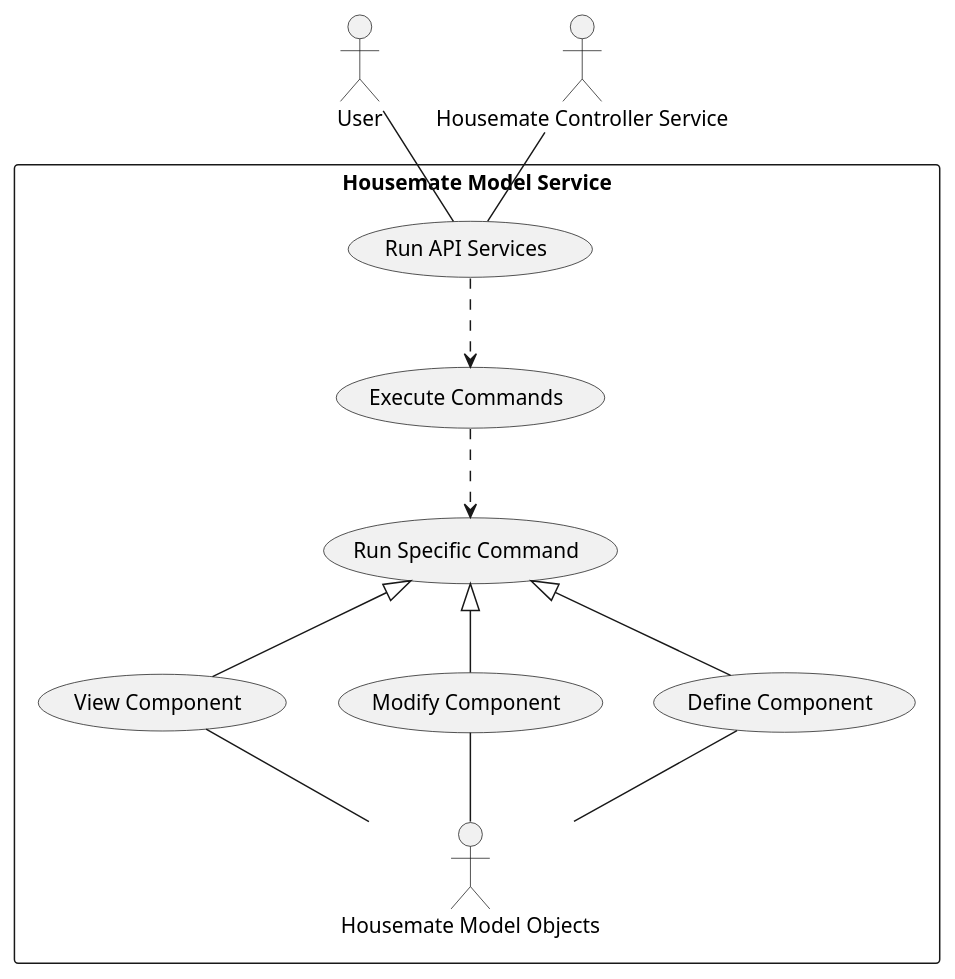
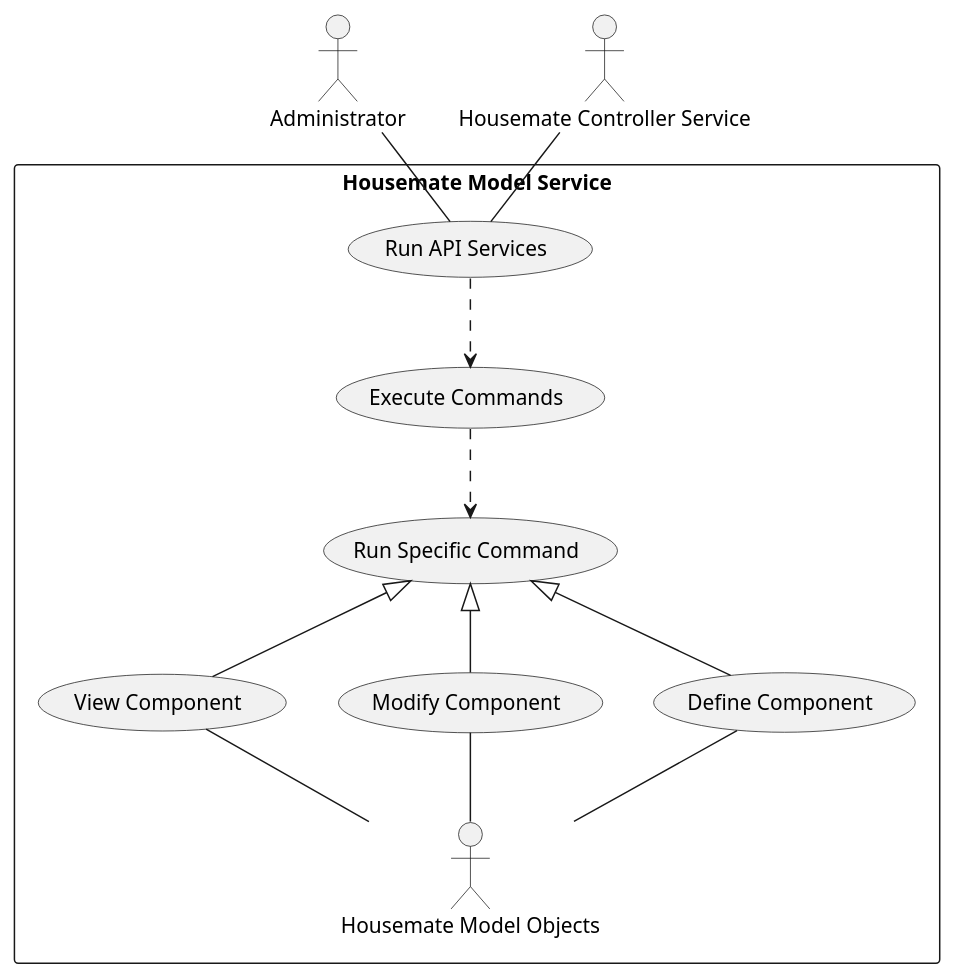
The first of 3 diagrams in cscie97/asn2/Design.md (erikorlowski/cscie97), drawn with PlantUML before and after one commit. The commit also changed other lines of this file and 15 other files, not shown here.

````diff
--- a/cscie97/asn2/Design.md
+++ b/cscie97/asn2/Design.md
@@ -191,27 +191,27 @@
 ```plantuml
 @startuml
-actor User
+actor Administrator
 actor Controller as "Housemate Controller Service"
 rectangle Service as "Housemate Model Service" {
     usecase RunScript as "Run API Services"
     usecase Execute as "Execute Commands"
     usecase Command as "Run Specific Command"
     usecase Define as "Define Component"
     usecase Set as "Modify Component"
     usecase View as "View Component"
     actor Models as "Housemate Model Objects"
 }
 
 
-User -- RunScript
+Administrator -- RunScript
 Controller -- RunScript
 RunScript ..> Execute
 Execute ..> Command
 Command <|-- Define
 Command <|-- Set
 Command <|-- View
 Models -up- Define
 Models -up- Set
 Models -up- View
 @enduml
 ```
````
